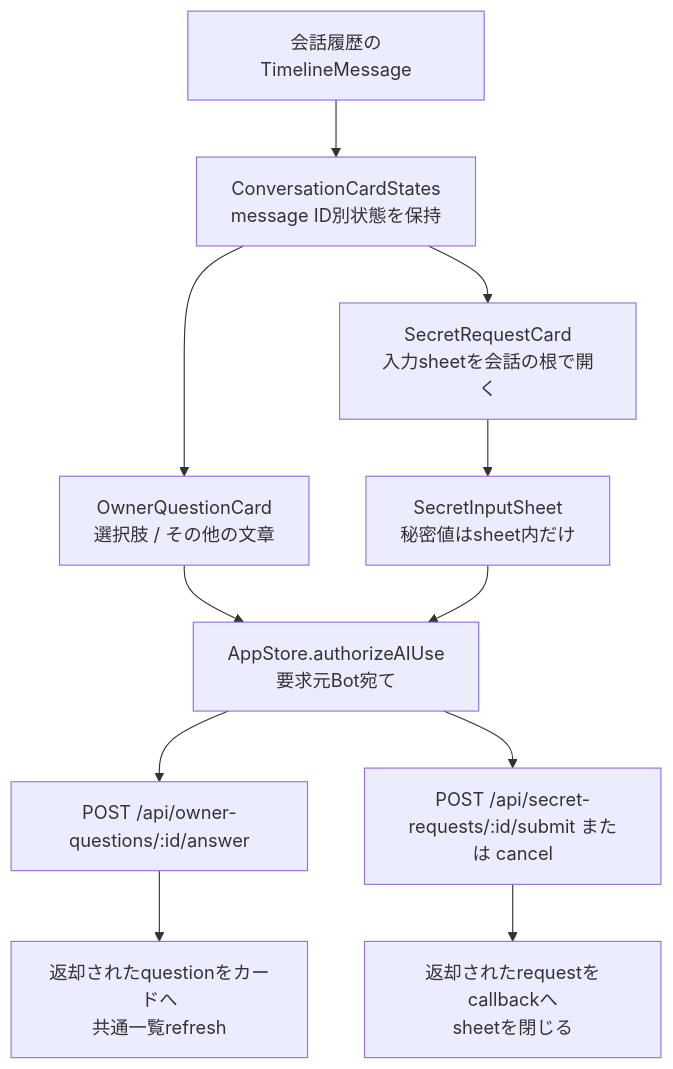
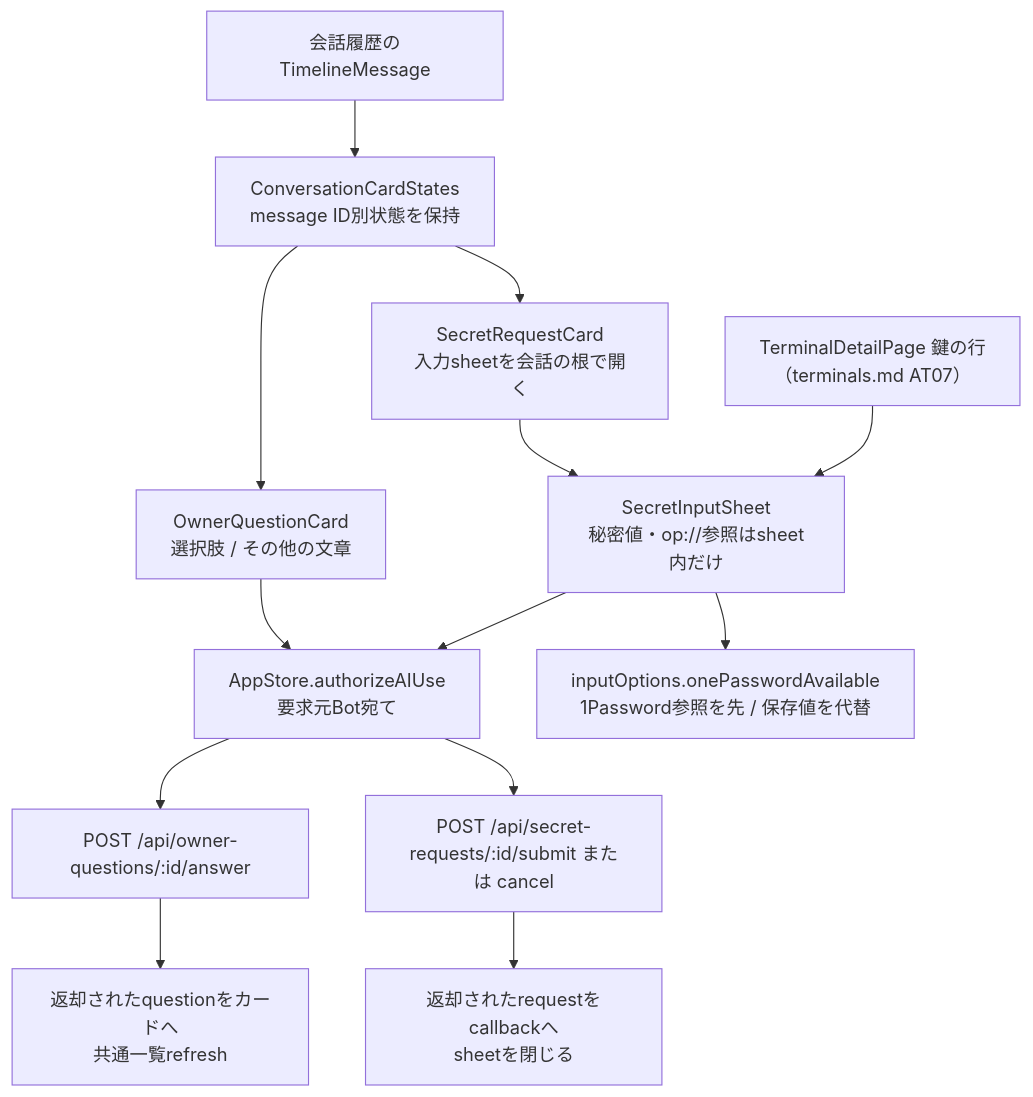
Before and after one commit to kitepon/BellTeam: the first of 4 diagrams in docs/architecture/modules/apple/requests-and-auth.md, drawn with Mermaid. The commit also changed other lines of this file and 15 other files, not shown here.

First line of the commit message:
Apple: set and remove terminal keys through the secret card, 1Password first

````diff
--- a/docs/architecture/modules/apple/requests-and-auth.md
+++ b/docs/architecture/modules/apple/requests-and-auth.md
@@ -9,13 +9,15 @@
 ```mermaid
 flowchart TD
   Message["会話履歴のTimelineMessage"] --> Cards["ConversationCardStates<br/>message ID別状態を保持"]
   Cards --> Question["OwnerQuestionCard<br/>選択肢 / その他の文章"]
   Cards --> Secret["SecretRequestCard<br/>入力sheetを会話の根で開く"]
   Question --> Access["AppStore.authorizeAIUse<br/>要求元Bot宛て"]
-  Secret --> Sheet["SecretInputSheet<br/>秘密値はsheet内だけ"]
+  Secret --> Sheet["SecretInputSheet<br/>秘密値・op://参照はsheet内だけ"]
+  TerminalKey["TerminalDetailPage 鍵の行<br/>（terminals.md AT07）"] --> Sheet
+  Sheet --> Source["inputOptions.onePasswordAvailable<br/>1Password参照を先 / 保存値を代替"]
   Sheet --> Access
   Access --> Answer["POST /api/owner-questions/:id/answer"]
   Access --> Finish["POST /api/secret-requests/:id/submit または cancel"]
   Answer --> Result["返却されたquestionをカードへ<br/>共通一覧refresh"]
   Finish --> Complete["返却されたrequestをcallbackへ<br/>sheetを閉じる"]
 ```
````
